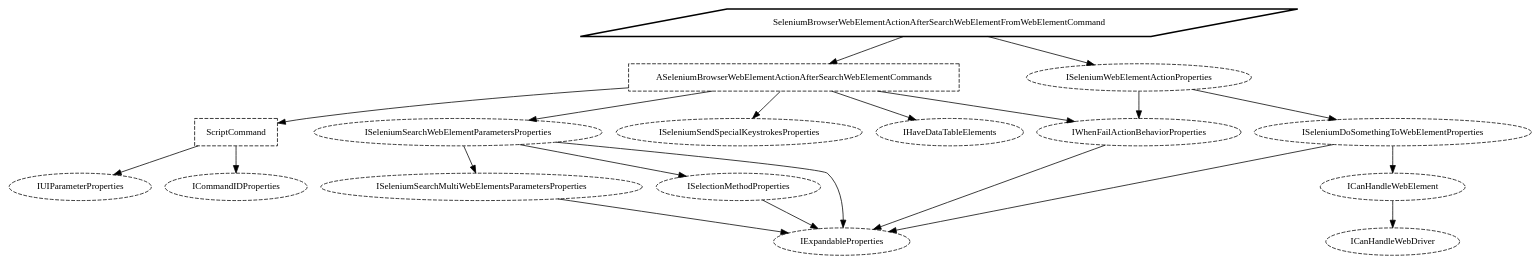
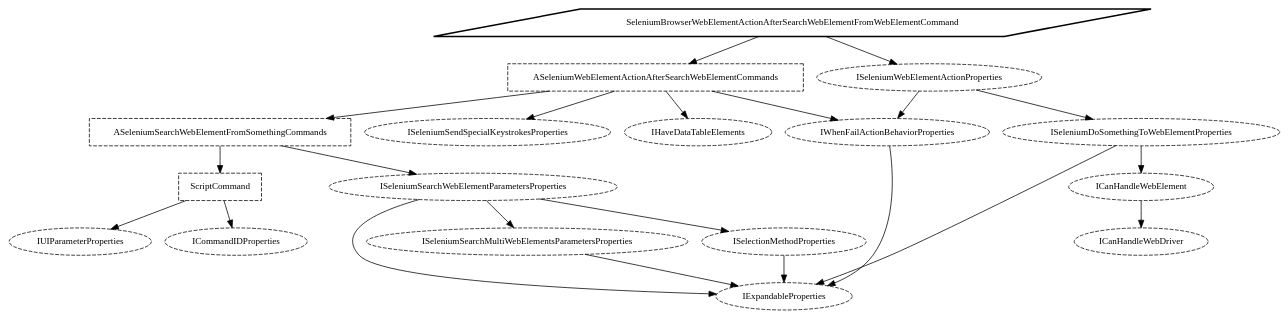
One commit to saucepleez/taskt changed the diagram in taskt/Core/Automation/Commands/WebBrowserGroup/SeleniumBrowserWebElementActionAfterSearchWebElementFromWebElementCommand.dot. Above: the diagram before and after it, drawn with Graphviz. The commit also changed 45 other files, not shown here.

```diff
--- a/taskt/Core/Automation/Commands/WebBrowserGroup/SeleniumBrowserWebElementActionAfterSearchWebElementFromWebElementCommand.dot
+++ b/taskt/Core/Automation/Commands/WebBrowserGroup/SeleniumBrowserWebElementActionAfterSearchWebElementFromWebElementCommand.dot
@@ -1,46 +1,48 @@
 digraph "taskt.Core.Automation.Commands.SeleniumBrowserWebElementActionAfterSearchWebElementFromWebElementCommand" {
     rankdir="TB";
     node [
         shape="box",
         fontname="Meiryo UI",
         fontsize="12pt"
     ];
 
 "taskt.Core.Automation.Commands.SeleniumBrowserWebElementActionAfterSearchWebElementFromWebElementCommand" [ label="SeleniumBrowserWebElementActionAfterSearchWebElementFromWebElementCommand", shape="parallelogram", style="bold", ];
-"taskt.Core.Automation.Commands.WebBrowserGroup.ASeleniumBrowserWebElementActionAfterSearchWebElementCommands" [ label="ASeleniumBrowserWebElementActionAfterSearchWebElementCommands", style="dashed", ];
+"taskt.Core.Automation.Commands.WebBrowserGroup.ASeleniumWebElementActionAfterSearchWebElementCommands" [ label="ASeleniumWebElementActionAfterSearchWebElementCommands", style="dashed", ];
 "taskt.Core.Automation.Commands.WebBrowserGroup.ISeleniumWebElementActionProperties" [ label="ISeleniumWebElementActionProperties", shape="ellipse", style="dashed", ];
-"taskt.Core.Automation.Commands.ScriptCommand" [ label="ScriptCommand", style="dashed", ];
-"taskt.Core.Automation.Commands.WebBrowserGroup.ISeleniumSearchWebElementParametersProperties" [ label="ISeleniumSearchWebElementParametersProperties", shape="ellipse", style="dashed", ];
+"taskt.Core.Automation.Commands.WebBrowserGroup.ASeleniumSearchWebElementFromSomethingCommands" [ label="ASeleniumSearchWebElementFromSomethingCommands", style="dashed", ];
 "taskt.Core.Automation.Commands.IWhenFailActionBehaviorProperties" [ label="IWhenFailActionBehaviorProperties", shape="ellipse", style="dashed", ];
 "taskt.Core.Automation.Commands.WebBrowserGroup.ISeleniumSendSpecialKeystrokesProperties" [ label="ISeleniumSendSpecialKeystrokesProperties", shape="ellipse", style="dashed", ];
 "taskt.Core.Automation.Commands.IHaveDataTableElements" [ label="IHaveDataTableElements", shape="ellipse", style="dashed", ];
 "taskt.Core.Automation.Commands.WebBrowserGroup.ISeleniumDoSomethingToWebElementProperties" [ label="ISeleniumDoSomethingToWebElementProperties", shape="ellipse", style="dashed", ];
+"taskt.Core.Automation.Commands.ScriptCommand" [ label="ScriptCommand", style="dashed", ];
+"taskt.Core.Automation.Commands.WebBrowserGroup.ISeleniumSearchWebElementParametersProperties" [ label="ISeleniumSearchWebElementParametersProperties", shape="ellipse", style="dashed", ];
+"taskt.Core.Automation.Commands.IExpandableProperties" [ label="IExpandableProperties", shape="ellipse", style="dashed", ];
+"taskt.Core.Automation.Commands.WebBrowserGroup.ICanHandleWebElement" [ label="ICanHandleWebElement", shape="ellipse", style="dashed", ];
 "taskt.Core.Automation.Commands.IUIParameterProperties" [ label="IUIParameterProperties", shape="ellipse", style="dashed", ];
 "taskt.Core.Automation.Commands.ICommandIDProperties" [ label="ICommandIDProperties", shape="ellipse", style="dashed", ];
 "taskt.Core.Automation.Commands.WebBrowserGroup.ISeleniumSearchMultiWebElementsParametersProperties" [ label="ISeleniumSearchMultiWebElementsParametersProperties", shape="ellipse", style="dashed", ];
 "taskt.Core.Automation.Commands.ISelectionMethodProperties" [ label="ISelectionMethodProperties", shape="ellipse", style="dashed", ];
-"taskt.Core.Automation.Commands.IExpandableProperties" [ label="IExpandableProperties", shape="ellipse", style="dashed", ];
-"taskt.Core.Automation.Commands.WebBrowserGroup.ICanHandleWebElement" [ label="ICanHandleWebElement", shape="ellipse", style="dashed", ];
 "taskt.Core.Automation.Commands.WebBrowserGroup.ICanHandleWebDriver" [ label="ICanHandleWebDriver", shape="ellipse", style="dashed", ];
 
-"taskt.Core.Automation.Commands.SeleniumBrowserWebElementActionAfterSearchWebElementFromWebElementCommand" -> "taskt.Core.Automation.Commands.WebBrowserGroup.ASeleniumBrowserWebElementActionAfterSearchWebElementCommands";
+"taskt.Core.Automation.Commands.SeleniumBrowserWebElementActionAfterSearchWebElementFromWebElementCommand" -> "taskt.Core.Automation.Commands.WebBrowserGroup.ASeleniumWebElementActionAfterSearchWebElementCommands";
 "taskt.Core.Automation.Commands.SeleniumBrowserWebElementActionAfterSearchWebElementFromWebElementCommand" -> "taskt.Core.Automation.Commands.WebBrowserGroup.ISeleniumWebElementActionProperties";
-"taskt.Core.Automation.Commands.WebBrowserGroup.ASeleniumBrowserWebElementActionAfterSearchWebElementCommands" -> "taskt.Core.Automation.Commands.ScriptCommand";
-"taskt.Core.Automation.Commands.WebBrowserGroup.ASeleniumBrowserWebElementActionAfterSearchWebElementCommands" -> "taskt.Core.Automation.Commands.WebBrowserGroup.ISeleniumSearchWebElementParametersProperties";
-"taskt.Core.Automation.Commands.WebBrowserGroup.ASeleniumBrowserWebElementActionAfterSearchWebElementCommands" -> "taskt.Core.Automation.Commands.IWhenFailActionBehaviorProperties";
-"taskt.Core.Automation.Commands.WebBrowserGroup.ASeleniumBrowserWebElementActionAfterSearchWebElementCommands" -> "taskt.Core.Automation.Commands.WebBrowserGroup.ISeleniumSendSpecialKeystrokesProperties";
-"taskt.Core.Automation.Commands.WebBrowserGroup.ASeleniumBrowserWebElementActionAfterSearchWebElementCommands" -> "taskt.Core.Automation.Commands.IHaveDataTableElements";
+"taskt.Core.Automation.Commands.WebBrowserGroup.ASeleniumWebElementActionAfterSearchWebElementCommands" -> "taskt.Core.Automation.Commands.WebBrowserGroup.ASeleniumSearchWebElementFromSomethingCommands";
+"taskt.Core.Automation.Commands.WebBrowserGroup.ASeleniumWebElementActionAfterSearchWebElementCommands" -> "taskt.Core.Automation.Commands.IWhenFailActionBehaviorProperties";
+"taskt.Core.Automation.Commands.WebBrowserGroup.ASeleniumWebElementActionAfterSearchWebElementCommands" -> "taskt.Core.Automation.Commands.WebBrowserGroup.ISeleniumSendSpecialKeystrokesProperties";
+"taskt.Core.Automation.Commands.WebBrowserGroup.ASeleniumWebElementActionAfterSearchWebElementCommands" -> "taskt.Core.Automation.Commands.IHaveDataTableElements";
 "taskt.Core.Automation.Commands.WebBrowserGroup.ISeleniumWebElementActionProperties" -> "taskt.Core.Automation.Commands.WebBrowserGroup.ISeleniumDoSomethingToWebElementProperties";
 "taskt.Core.Automation.Commands.WebBrowserGroup.ISeleniumWebElementActionProperties" -> "taskt.Core.Automation.Commands.IWhenFailActionBehaviorProperties";
+"taskt.Core.Automation.Commands.WebBrowserGroup.ASeleniumSearchWebElementFromSomethingCommands" -> "taskt.Core.Automation.Commands.ScriptCommand";
+"taskt.Core.Automation.Commands.WebBrowserGroup.ASeleniumSearchWebElementFromSomethingCommands" -> "taskt.Core.Automation.Commands.WebBrowserGroup.ISeleniumSearchWebElementParametersProperties";
+"taskt.Core.Automation.Commands.IWhenFailActionBehaviorProperties" -> "taskt.Core.Automation.Commands.IExpandableProperties";
+"taskt.Core.Automation.Commands.WebBrowserGroup.ISeleniumDoSomethingToWebElementProperties" -> "taskt.Core.Automation.Commands.WebBrowserGroup.ICanHandleWebElement";
+"taskt.Core.Automation.Commands.WebBrowserGroup.ISeleniumDoSomethingToWebElementProperties" -> "taskt.Core.Automation.Commands.IExpandableProperties";
 "taskt.Core.Automation.Commands.ScriptCommand" -> "taskt.Core.Automation.Commands.IUIParameterProperties";
 "taskt.Core.Automation.Commands.ScriptCommand" -> "taskt.Core.Automation.Commands.ICommandIDProperties";
 "taskt.Core.Automation.Commands.WebBrowserGroup.ISeleniumSearchWebElementParametersProperties" -> "taskt.Core.Automation.Commands.WebBrowserGroup.ISeleniumSearchMultiWebElementsParametersProperties";
 "taskt.Core.Automation.Commands.WebBrowserGroup.ISeleniumSearchWebElementParametersProperties" -> "taskt.Core.Automation.Commands.ISelectionMethodProperties";
 "taskt.Core.Automation.Commands.WebBrowserGroup.ISeleniumSearchWebElementParametersProperties" -> "taskt.Core.Automation.Commands.IExpandableProperties";
-"taskt.Core.Automation.Commands.IWhenFailActionBehaviorProperties" -> "taskt.Core.Automation.Commands.IExpandableProperties";
-"taskt.Core.Automation.Commands.WebBrowserGroup.ISeleniumDoSomethingToWebElementProperties" -> "taskt.Core.Automation.Commands.WebBrowserGroup.ICanHandleWebElement";
-"taskt.Core.Automation.Commands.WebBrowserGroup.ISeleniumDoSomethingToWebElementProperties" -> "taskt.Core.Automation.Commands.IExpandableProperties";
+"taskt.Core.Automation.Commands.WebBrowserGroup.ICanHandleWebElement" -> "taskt.Core.Automation.Commands.WebBrowserGroup.ICanHandleWebDriver";
 "taskt.Core.Automation.Commands.WebBrowserGroup.ISeleniumSearchMultiWebElementsParametersProperties" -> "taskt.Core.Automation.Commands.IExpandableProperties";
 "taskt.Core.Automation.Commands.ISelectionMethodProperties" -> "taskt.Core.Automation.Commands.IExpandableProperties";
-"taskt.Core.Automation.Commands.WebBrowserGroup.ICanHandleWebElement" -> "taskt.Core.Automation.Commands.WebBrowserGroup.ICanHandleWebDriver";
 }
```
